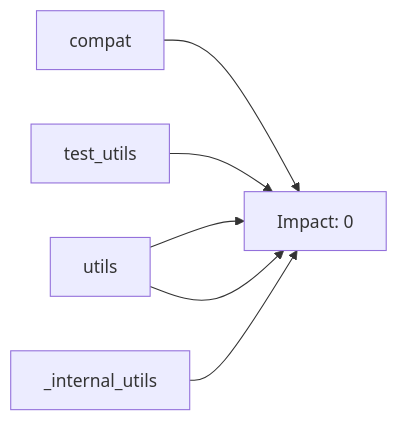
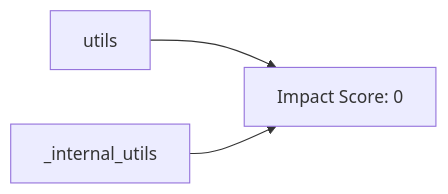
Before and after one commit to ralphie49/vasco: the third of 4 diagrams in REQUESTS_THE_BOOK.md, drawn with Mermaid. The commit also changed other lines of this file and 6 other files, not shown here.

````diff
--- a/REQUESTS_THE_BOOK.md
+++ b/REQUESTS_THE_BOOK.md
@@ -854,8 +79,5 @@
 ```mermaid
 graph LR
-    compat --> Imp_0[Impact: 0]
-    test_utils --> Imp_0[Impact: 0]
-    utils --> Imp_0[Impact: 0]
-    utils --> Imp_0[Impact: 0]
-    _internal_utils --> Imp_0[Impact: 0]
+    utils --> Imp_0[Impact Score: 0]
+    _internal_utils --> Imp_0[Impact Score: 0]
 ```
````
